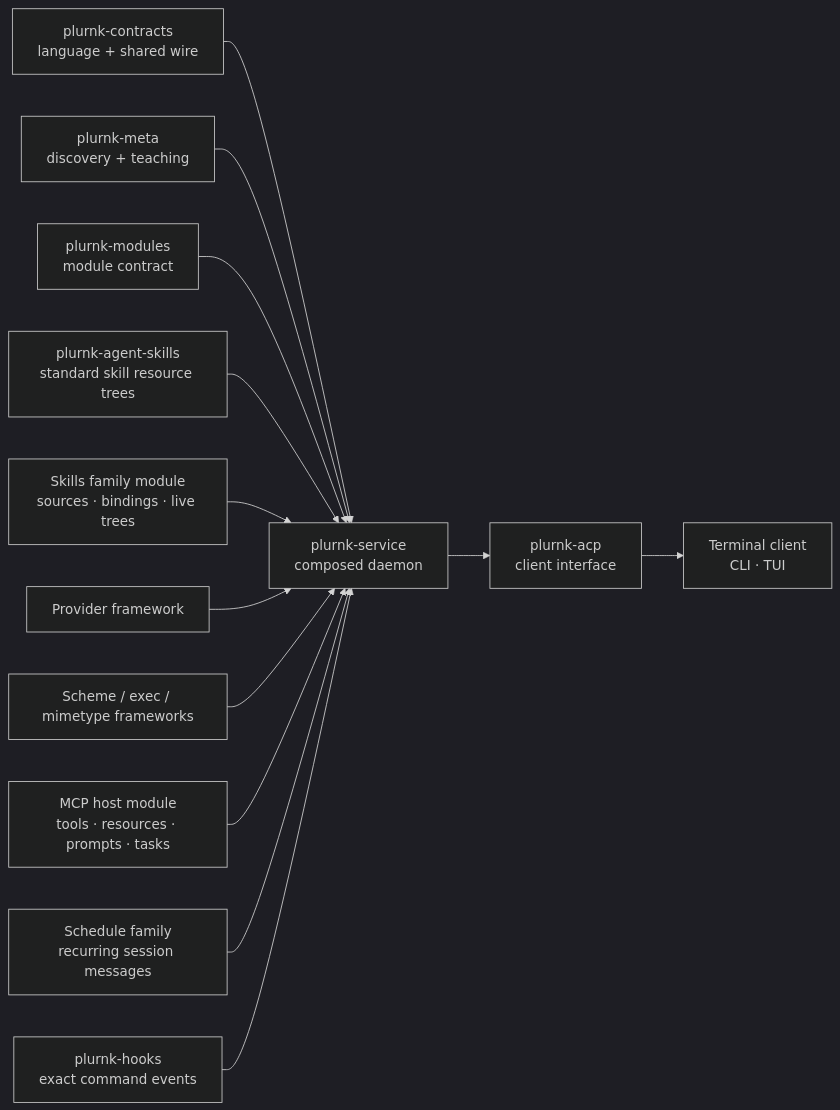
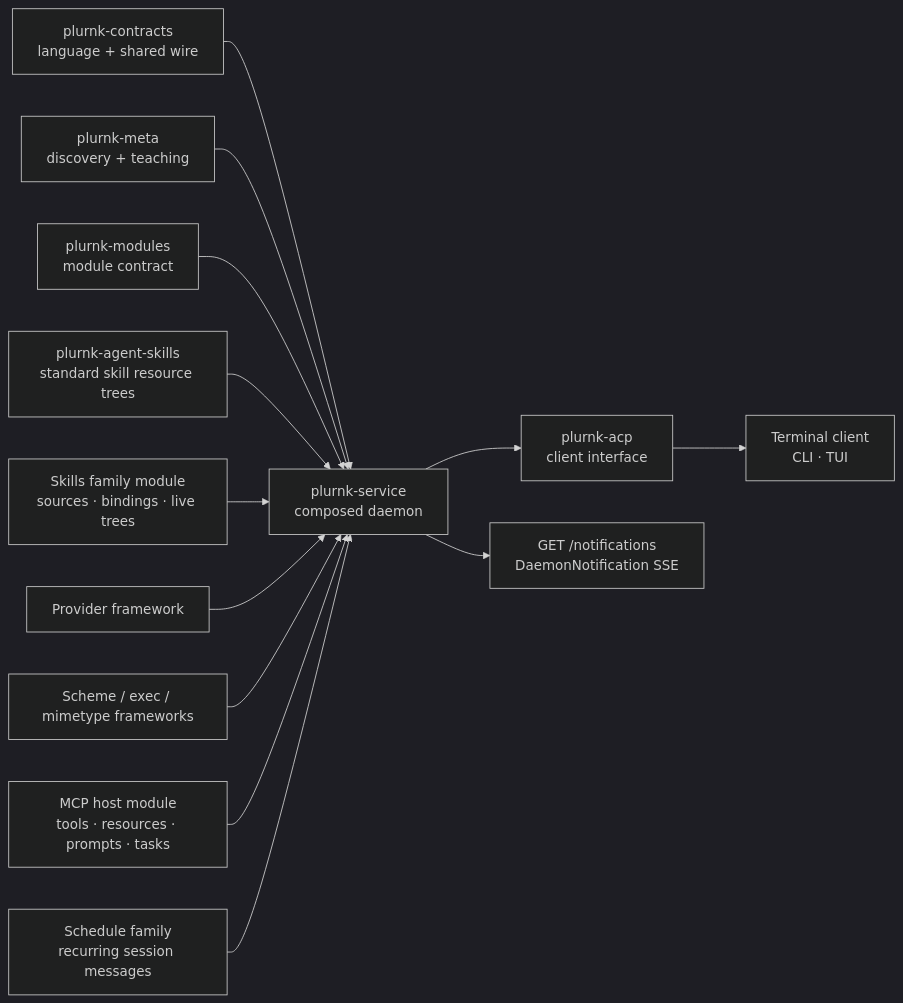
One commit to plurnk/plurnk-service changed the second of 5 diagrams in ARCHITECTURE.md. Above: the diagram before and after it, drawn with Mermaid (dark theme). The commit also changed other lines of this file and 69 other files, not shown here.

Commit message:
feat(notifications): serve GET /notifications SSE and retire plurnk-hooks (#1440)

````diff
--- a/ARCHITECTURE.md
+++ b/ARCHITECTURE.md
@@ -64,16 +64,16 @@
 ```mermaid
 flowchart LR
     contracts["plurnk-contracts<br/>language + shared wire"] --> core
     meta["plurnk-meta<br/>discovery + teaching"] --> core
     modules["plurnk-modules<br/>module contract"] --> core
     skills["plurnk-agent-skills<br/>standard skill resource trees"] --> core
     skillFamily["Skills family module<br/>sources · bindings · live trees"] --> core
     providers["Provider framework"] --> core
     frameworks["Scheme / exec / mimetype frameworks"] --> core
     mcp["MCP host module<br/>tools · resources · prompts · tasks"] --> core
     schedule["Schedule family<br/>recurring session messages"] --> core
-    hooks["plurnk-hooks<br/>exact command events"] --> core
     core["plurnk-service<br/>composed daemon"]
     core --> acp["plurnk-acp<br/>client interface"]
+    core --> notifications["GET /notifications<br/>DaemonNotification SSE"]
     acp --> clients["Terminal client<br/>CLI · TUI"]
 ```
````
